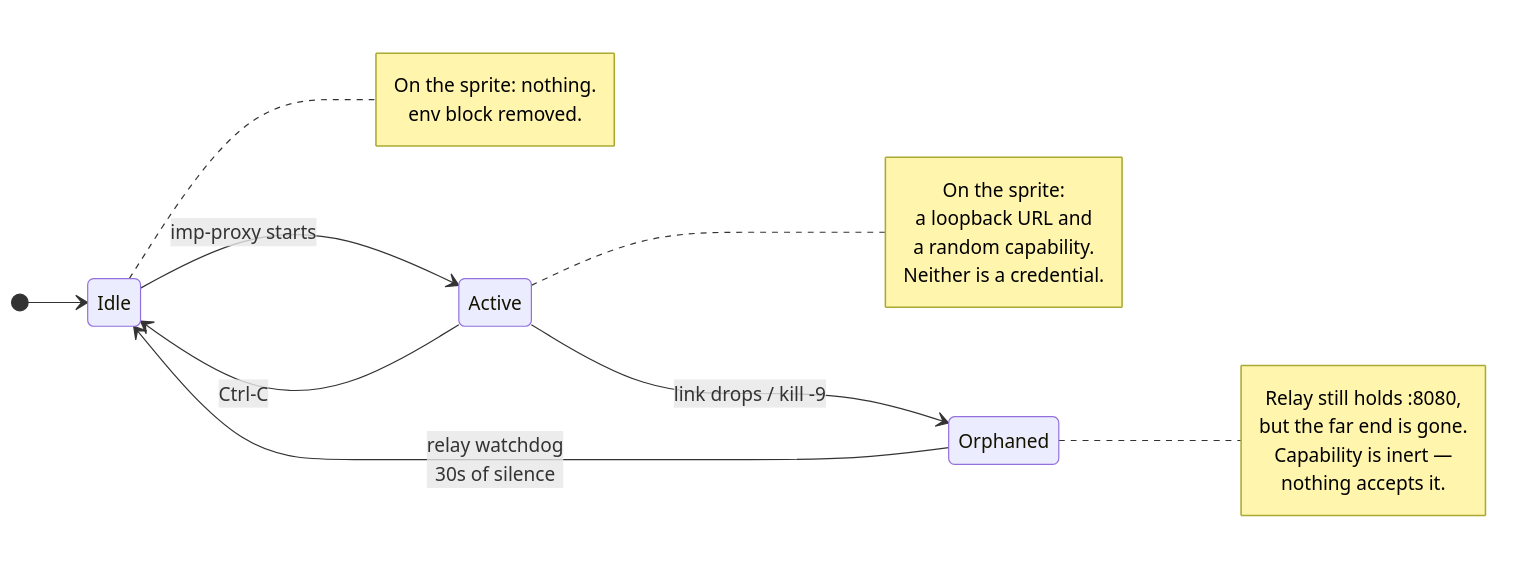
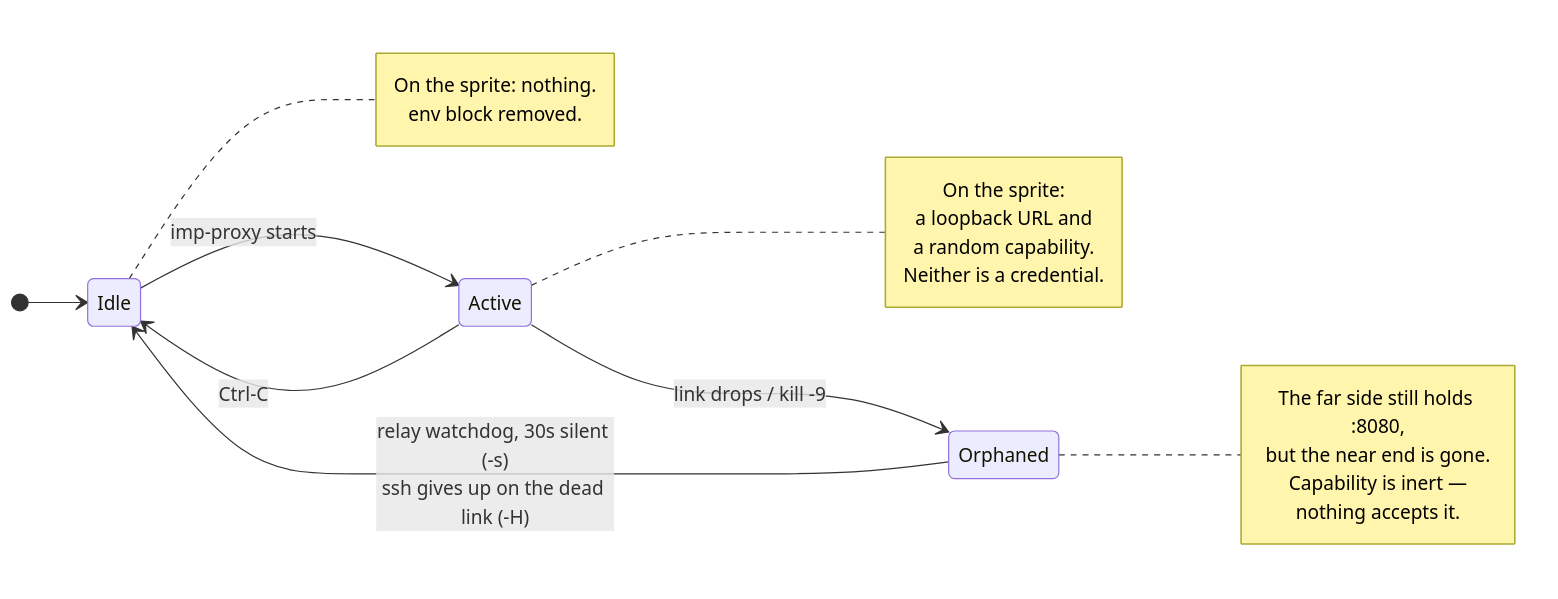
The fourth of 5 diagrams in README.md (metcalfc/imp), drawn with Mermaid before and after one commit. The commit also changed other lines of this file, not shown here.

First line of the commit message:
Draw the -H transport too, since the diagrams claimed a relay everywhere

````diff
--- a/README.md
+++ b/README.md
@@ -246,30 +281,30 @@
 ```mermaid
 stateDiagram-v2
     direction LR
     [*] --> Idle
 
     Idle --> Active: imp-proxy starts
 
     Active --> Idle: Ctrl-C
     Active --> Orphaned: link drops / kill -9
-    Orphaned --> Idle: relay watchdog<br/>30s of silence
+    Orphaned --> Idle: relay watchdog, 30s silent (-s)<br/>ssh gives up on the dead link (-H)
 
     note right of Idle
         On the sprite: nothing.
         env block removed.
     end note
 
     note right of Active
         On the sprite:
         a loopback URL and
         a random capability.
         Neither is a credential.
     end note
 
     note right of Orphaned
-        Relay still holds :8080,
-        but the far end is gone.
+        The far side still holds :8080,
+        but the near end is gone.
         Capability is inert —
         nothing accepts it.
     end note
 ```
````
